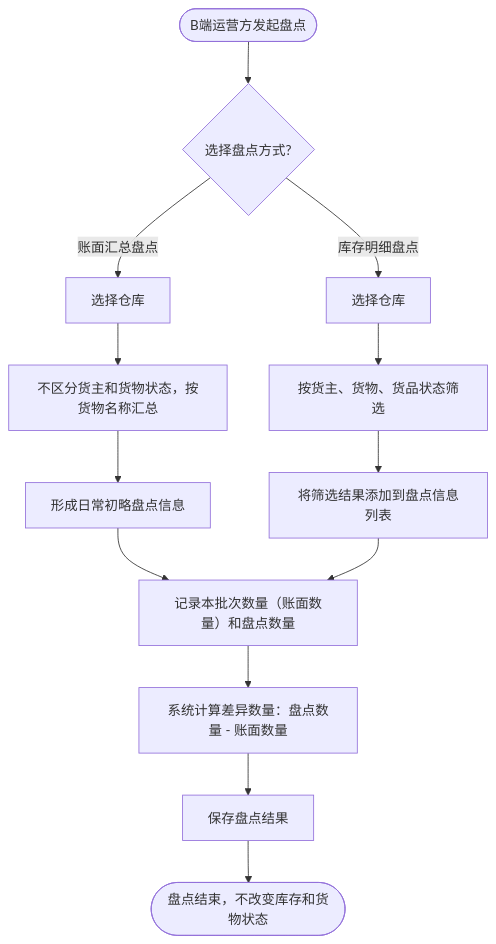
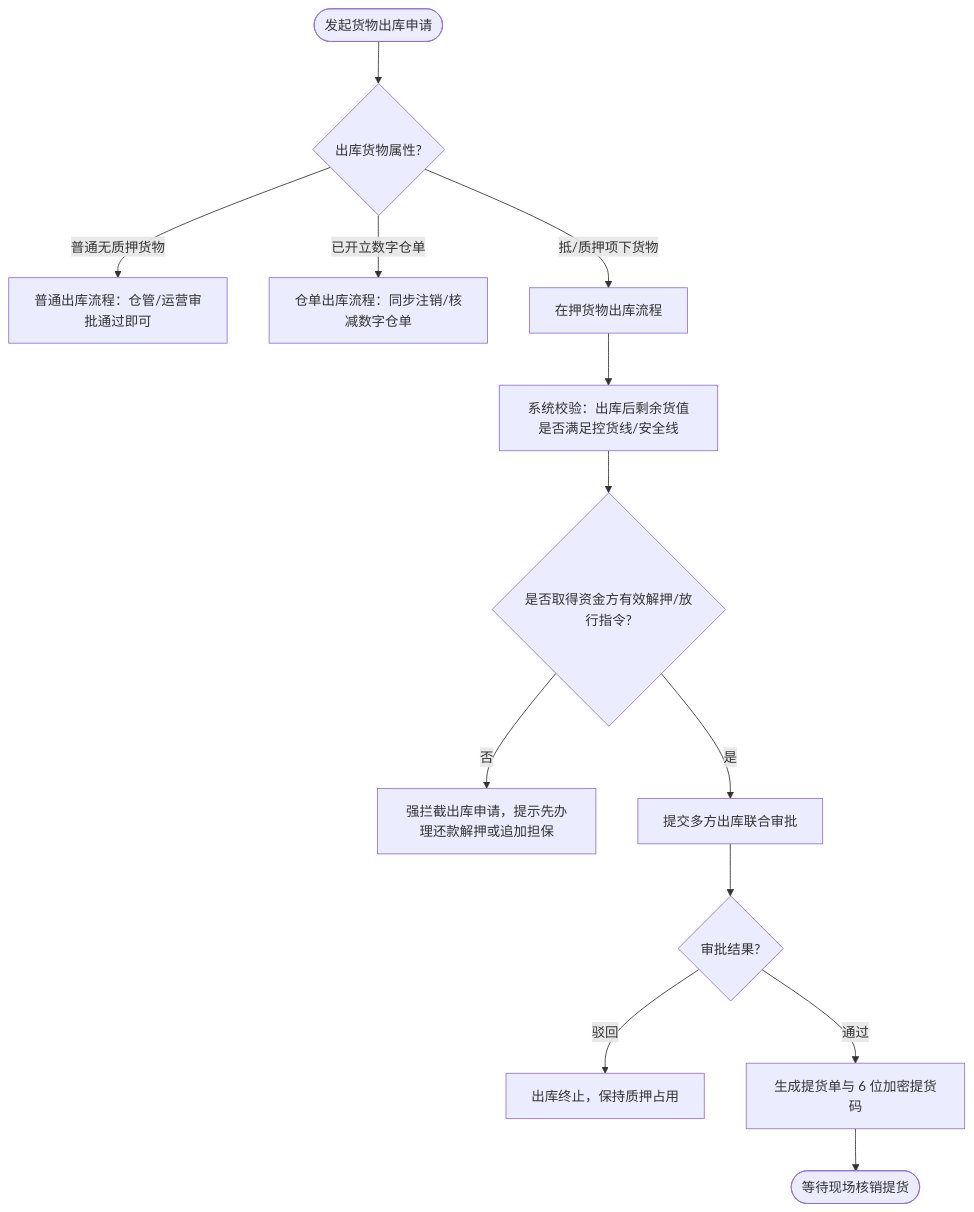
Before and after one commit to RobertHuang999/SYZC: the fourth of 8 diagrams in 01-项目背景/06-核心业务场景和流程.md, drawn with Mermaid. The commit also changed other lines of this file and 13 other files, not shown here.

````diff
--- a/01-项目背景/06-核心业务场景和流程.md
+++ b/01-项目背景/06-核心业务场景和流程.md
@@ -401,15 +113,16 @@
 ```mermaid
 flowchart TD
-    A([B端运营方发起盘点]) --> B{选择盘点方式?}
-    B -- 账面汇总盘点 --> C[选择仓库]
-    C --> D[不区分货主和货物状态，按货物名称汇总]
-    D --> E[形成日常初略盘点信息]
-    B -- 库存明细盘点 --> F[选择仓库]
-    F --> G[按货主、货物、货品状态筛选]
-    G --> H[将筛选结果添加到盘点信息列表]
-    E --> I[记录本批次数量（账面数量）和盘点数量]
-    H --> I
-    I --> J[系统计算差异数量：盘点数量 - 账面数量]
-    J --> K[保存盘点结果]
-    K --> L([盘点结束，不改变库存和货物状态])
+    A([发起货物出库申请]) --> B{出库货物属性?}
+    B -- 普通无质押货物 --> C[普通出库流程：仓管/运营审批通过即可]
+    B -- 已开立数字仓单 --> D[仓单出库流程：同步注销/核减数字仓单]
+    B -- 抵/质押项下货物 --> E[在押货物出库流程]
+
+    E --> F[系统校验：出库后剩余货值是否满足控货线/安全线]
+    F --> G{是否取得资金方有效解押/放行指令?}
+    G -- 否 --> H[强拦截出库申请，提示先办理还款解押或追加担保]
+    G -- 是 --> I[提交多方出库联合审批]
+    I --> J{审批结果?}
+    J -- 驳回 --> K[出库终止，保持质押占用]
+    J -- 通过 --> L[生成提货单与 6 位加密提货码]
+    L --> M([等待现场核销提货])
 ```
````
